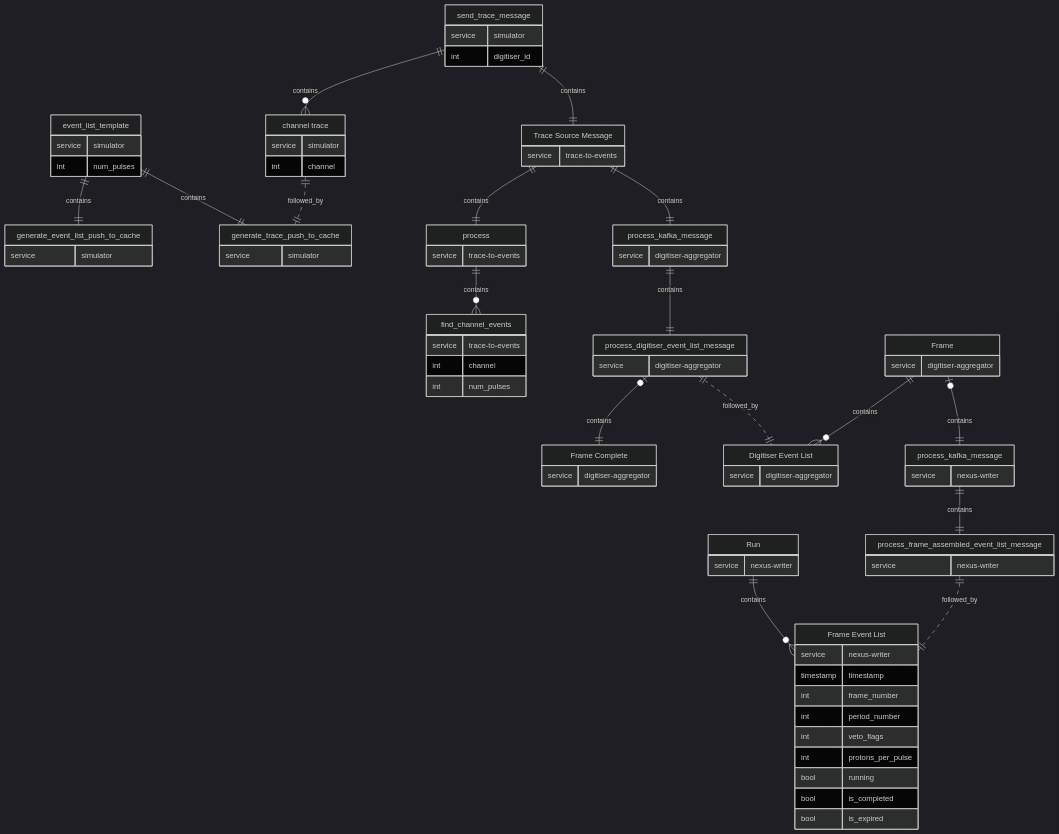
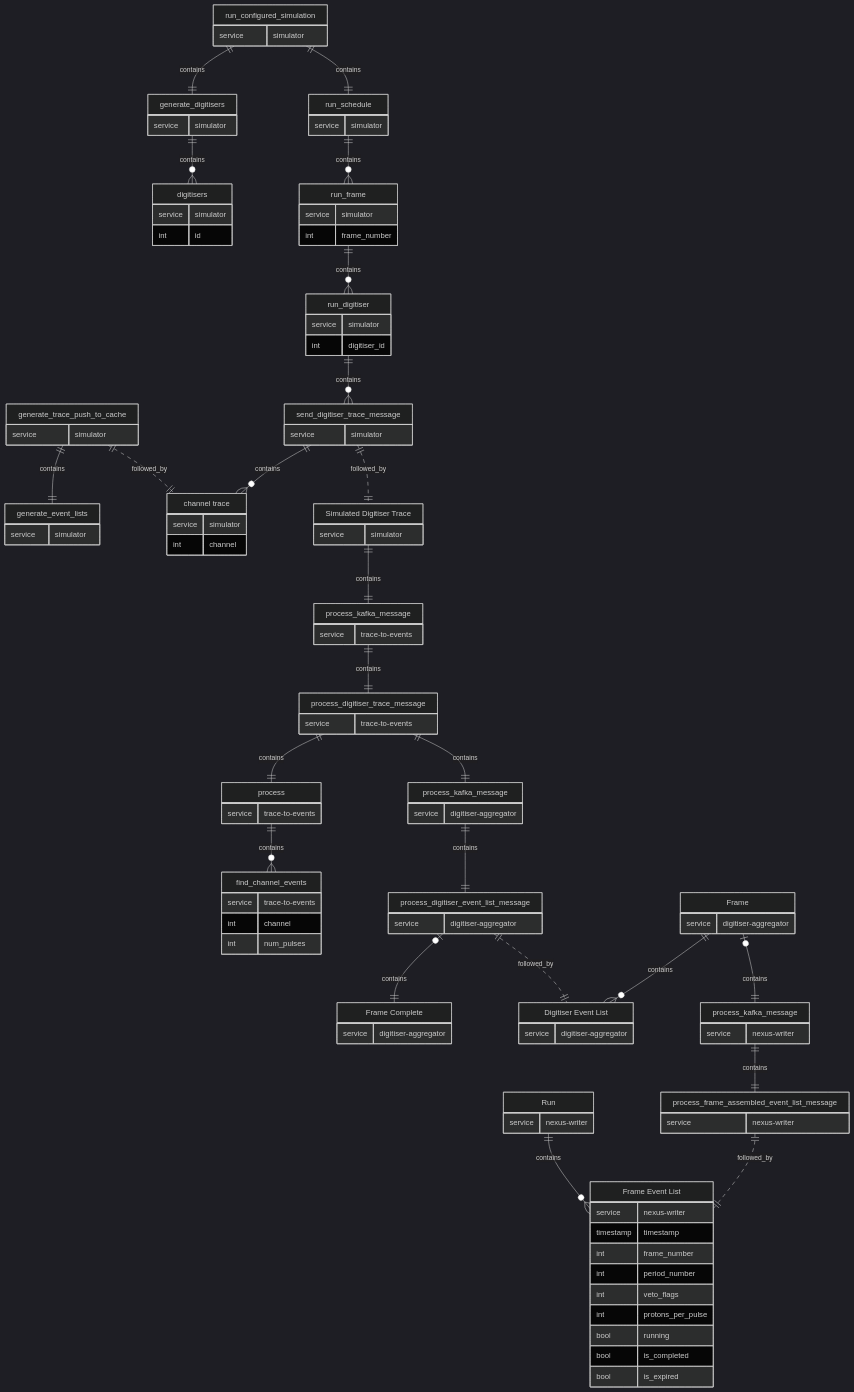
The first of 4 diagrams in docs/tracing.md (STFC-ICD-Research-and-Design/supermusr-data-pipeline), drawn with Mermaid (dark theme) before and after one commit. The commit also changed 7 other files, not shown here.

````diff
--- a/docs/tracing.md
+++ b/docs/tracing.md
@@ -78,35 +78,70 @@
 ```mermaid
 erDiagram
-    EVENT_LIST_TEMPLATE["event_list_template"] {
-        service simulator
-        int num_pulses
-    }
-    GEN_EVENT_LIST["generate_event_list_push_to_cache"] {
+    SIM_RUN_SIMULATION["run_configured_simulation"] {
         service simulator
     }
-    EVENT_LIST_TEMPLATE ||--|| GEN_EVENT_LIST : contains
-    GEN_TRACE["generate_trace_push_to_cache"] {
+    SIM_GEN_DIGITISERS["generate_digitisers"] {
         service simulator
     }
-    EVENT_LIST_TEMPLATE ||--|| GEN_TRACE : contains
-    SEND_CHANNEL_TRACE["channel trace"] {
+    SIM_RUN_SIMULATION ||--|| SIM_GEN_DIGITISERS : contains
+    SIM_DIGITISER["digitisers"] {
+        service simulator
+        int id
+    }
+    SIM_GEN_DIGITISERS ||--o{ SIM_DIGITISER : contains
+    SIM_RUN_SCHEDULE["run_schedule"] {
+        service simulator
+    }
+    SIM_RUN_SIMULATION ||--|| SIM_RUN_SCHEDULE : contains
+    SIM_RUN_FRAME["run_frame"] {
+        service simulator
+        int frame_number
+    }
+    SIM_RUN_SCHEDULE ||--o{ SIM_RUN_FRAME : contains
+    SIM_RUN_DIGITISER["run_digitiser"] {
+        service simulator
+        int digitiser_id
+    }
+    SIM_RUN_FRAME ||--o{ SIM_RUN_DIGITISER : contains
+
+    SIM_GEN_EVENT_LIST["generate_event_lists"] {
+        service simulator
+    }
+    
+    SIM_GEN_DIG_TRACE_PUSH["generate_trace_push_to_cache"] {
+        service simulator
+    }
+    SIM_GEN_DIG_TRACE_PUSH ||--|| SIM_GEN_EVENT_LIST : contains
+
+    SIM_CHANNEL_TRACE["channel trace"] {
         service simulator
         int channel
     }
-    SEND_CHANNEL_TRACE ||..|| GEN_TRACE : followed_by
-    SEND_TRACE["send_trace_message"] {
+    SIM_GEN_DIG_TRACE_PUSH ||..|| SIM_CHANNEL_TRACE : followed_by
+
+    SIM_SEND_DIG_TRACE["send_digitiser_trace_message"] {
         service simulator
-        int digitiser_id
     }
-    SEND_TRACE ||--o{ SEND_CHANNEL_TRACE : contains
-    TRACE_SRC_MSG["Trace Source Message"] {
+    SIM_RUN_DIGITISER ||--o{ SIM_SEND_DIG_TRACE : contains
+    SIM_SEND_DIG_TRACE ||--o{ SIM_CHANNEL_TRACE : contains
+    SIM_DIG_TRACE["Simulated Digitiser Trace"] {
+        service simulator
+    }
+    SIM_SEND_DIG_TRACE ||..|| SIM_DIG_TRACE : followed_by
+
+    EF_KAF_MSG["process_kafka_message"] {
         service trace-to-events
     }
-    SEND_TRACE ||--|| TRACE_SRC_MSG : contains
+    EF_DIG_TRACE_MSG["process_digitiser_trace_message"] {
+        service trace-to-events
+    }
+    EF_KAF_MSG ||--|| EF_DIG_TRACE_MSG : contains
+    SIM_DIG_TRACE ||--|| EF_KAF_MSG : contains
+
     PROCESS["process"] {
         service trace-to-events
     }
-    TRACE_SRC_MSG ||--|| PROCESS : contains
+    EF_DIG_TRACE_MSG ||--|| PROCESS : contains
     FIND_CHNL_EVTS["find_channel_events"] {
         service trace-to-events
         int channel
@@ -114,18 +149,18 @@
     }
     PROCESS ||--o{ FIND_CHNL_EVTS : contains
 
-    DA_KAFKA_MSG["process_kafka_message"] {
+    DA_KAF_MSG["process_kafka_message"] {
         service digitiser-aggregator
     }
-    TRACE_SRC_MSG ||--|| DA_KAFKA_MSG : contains
     DA_DIG_EVT_MSG["process_digitiser_event_list_message"] {
         service digitiser-aggregator
     }
+    DA_KAF_MSG ||--|| DA_DIG_EVT_MSG : contains
     DA_FRAME_COMPLETE["Frame Complete"] {
         service digitiser-aggregator
     }
     DA_DIG_EVT_MSG |o--|| DA_FRAME_COMPLETE : contains
-    DA_KAFKA_MSG ||--|| DA_DIG_EVT_MSG : contains
+    EF_DIG_TRACE_MSG ||--|| DA_KAF_MSG : contains
     FRAME["Frame"] {
         service digitiser-aggregator
     }
````
